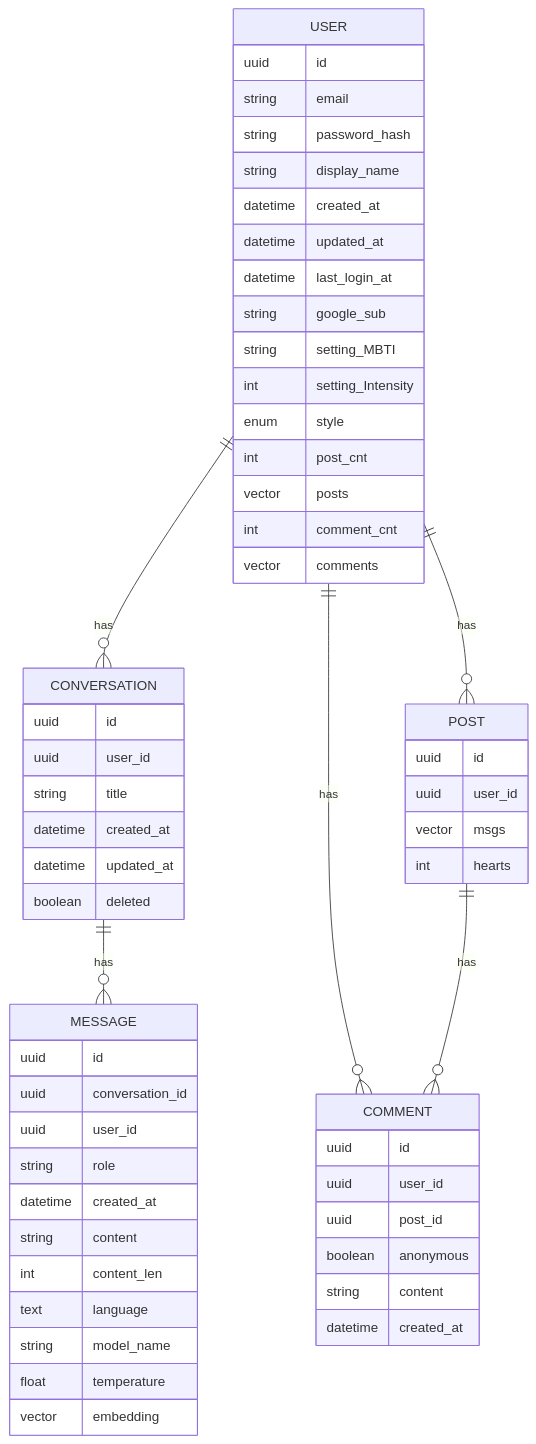
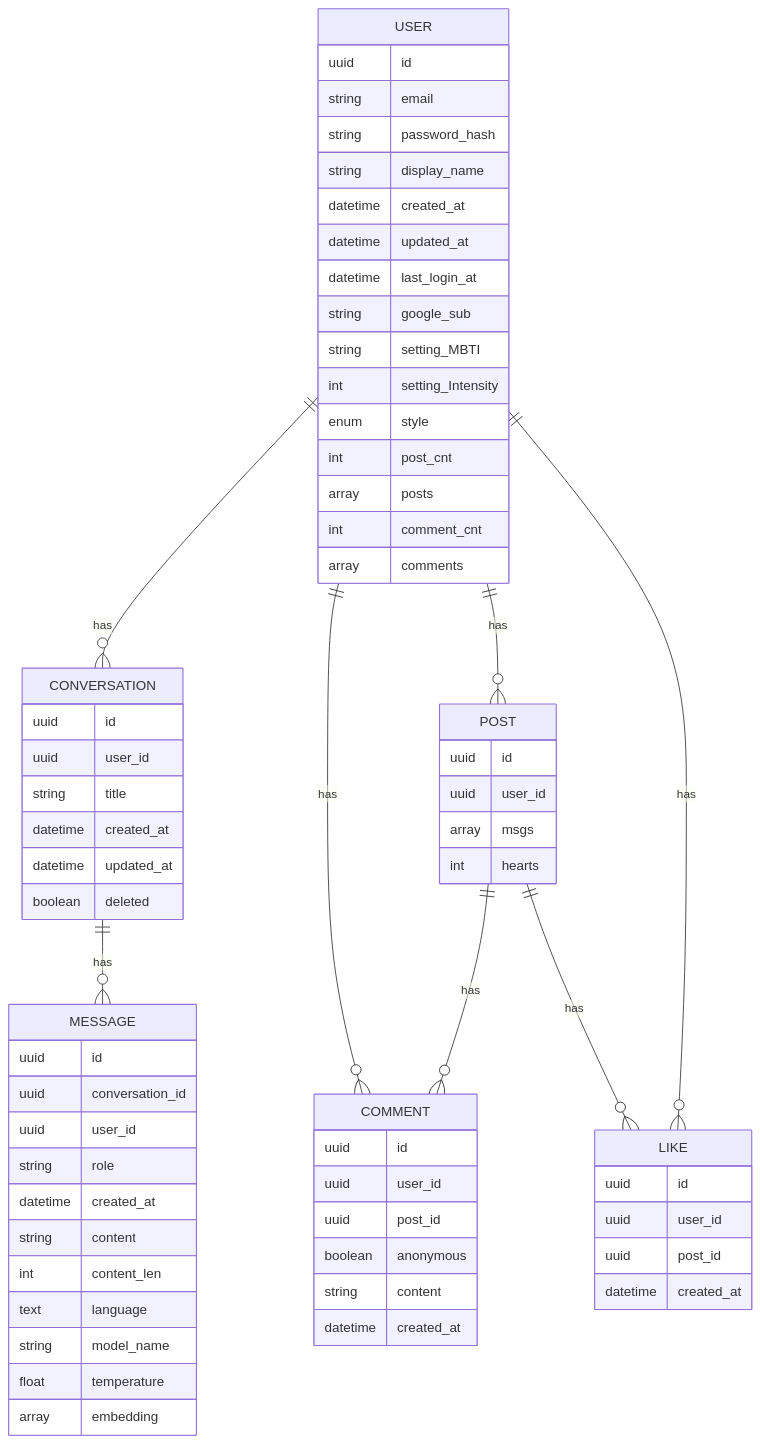
One commit to sjh354/immersion-camp-week2 changed the diagram in README.md. Above: the diagram before and after it, drawn with Mermaid. The commit also changed 3 other files, not shown here.

````diff
--- a/README.md
+++ b/README.md
@@ -4,68 +4,77 @@
 ```mermaid
 erDiagram
   USER ||--o{ CONVERSATION : has
   CONVERSATION ||--o{ MESSAGE : has
   USER ||--o{ POST : has
   USER ||--o{ COMMENT : has
   POST ||--o{ COMMENT : has
+  POST ||--o{ LIKE : has
+  USER ||--o{ LIKE : has
   
   
   USER {
     uuid id
     string email
     string password_hash
     string display_name
     datetime created_at
     datetime updated_at
     datetime last_login_at
     string google_sub
     string setting_MBTI
     int setting_Intensity
     enum style
     int post_cnt
-    vector posts
+    array posts
     int comment_cnt
-    vector comments
+    array comments
   }
 
   CONVERSATION {
     uuid id
     uuid user_id
     string title
     datetime created_at
     datetime updated_at
     boolean deleted
   }
 
   MESSAGE {
     uuid id
     uuid conversation_id
     uuid user_id
     string role
     datetime created_at
 
     string content
 
     int content_len
     text language
     string model_name
     float temperature
-    vector embedding
+    array embedding
   }
 
   POST {
     uuid id
     uuid user_id
-    vector msgs
+    array msgs
     int hearts
+  }
+
+  LIKE {
+    uuid id
+    uuid user_id
+    uuid post_id
+    datetime created_at
   }
 
   COMMENT {
     uuid id
     uuid user_id
     uuid post_id
     boolean anonymous
     string content
     datetime created_at
   }
 ```
````
